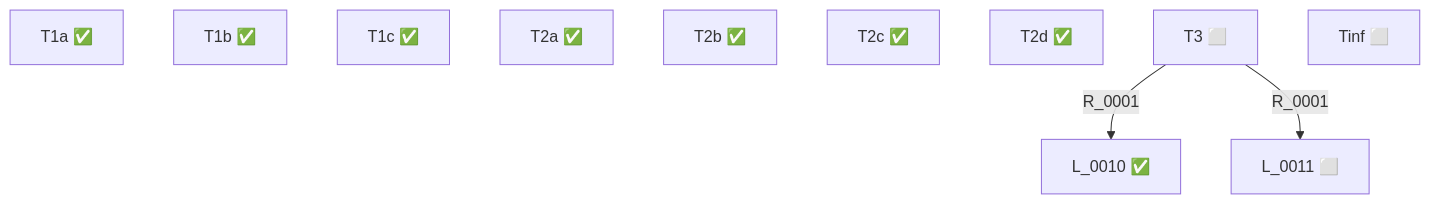
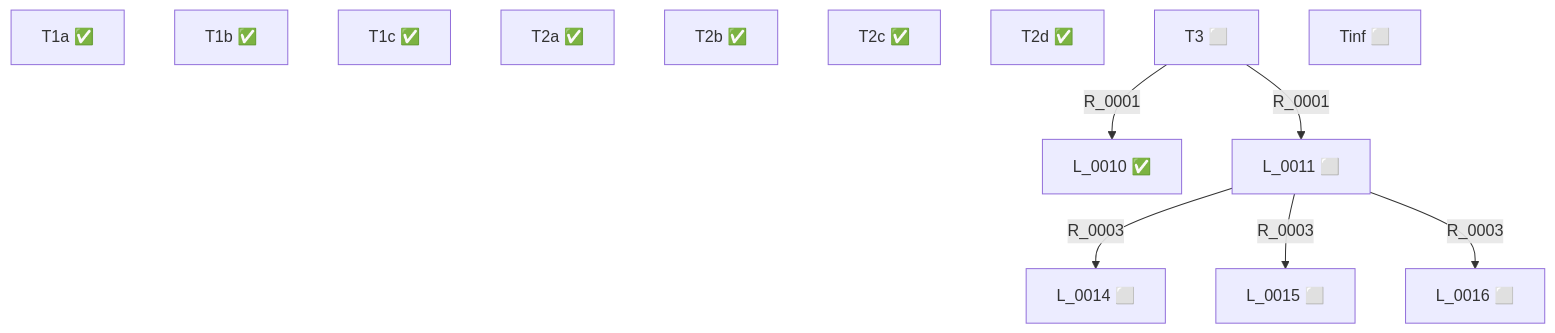
Before and after one commit to ruca-maths/nickel: the diagram in STATUS.md, drawn with Mermaid. The commit also changed other lines of this file and 5 other files, not shown here.

Commit message:
architect-1: Proofs.R_0003 を受理

````diff
--- a/STATUS.md
+++ b/STATUS.md
@@ -29,16 +32,22 @@
 ```mermaid
 graph TD
   L_0001["T1a ✅"]
   L_0002["T1b ✅"]
   L_0003["T1c ✅"]
   L_0004["T2a ✅"]
   L_0005["T2b ✅"]
   L_0006["T2c ✅"]
   L_0007["T2d ✅"]
   L_0008["T3 ⬜"]
   L_0009["Tinf ⬜"]
   L_0010["L_0010 ✅"]
   L_0011["L_0011 ⬜"]
+  L_0014["L_0014 ⬜"]
+  L_0015["L_0015 ⬜"]
+  L_0016["L_0016 ⬜"]
   L_0008 -->|R_0001| L_0010
   L_0008 -->|R_0001| L_0011
+  L_0011 -->|R_0003| L_0014
+  L_0011 -->|R_0003| L_0015
+  L_0011 -->|R_0003| L_0016
 ```
````
